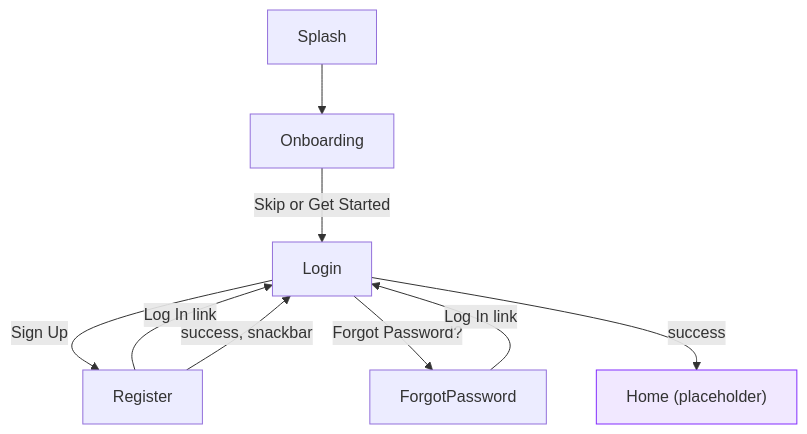
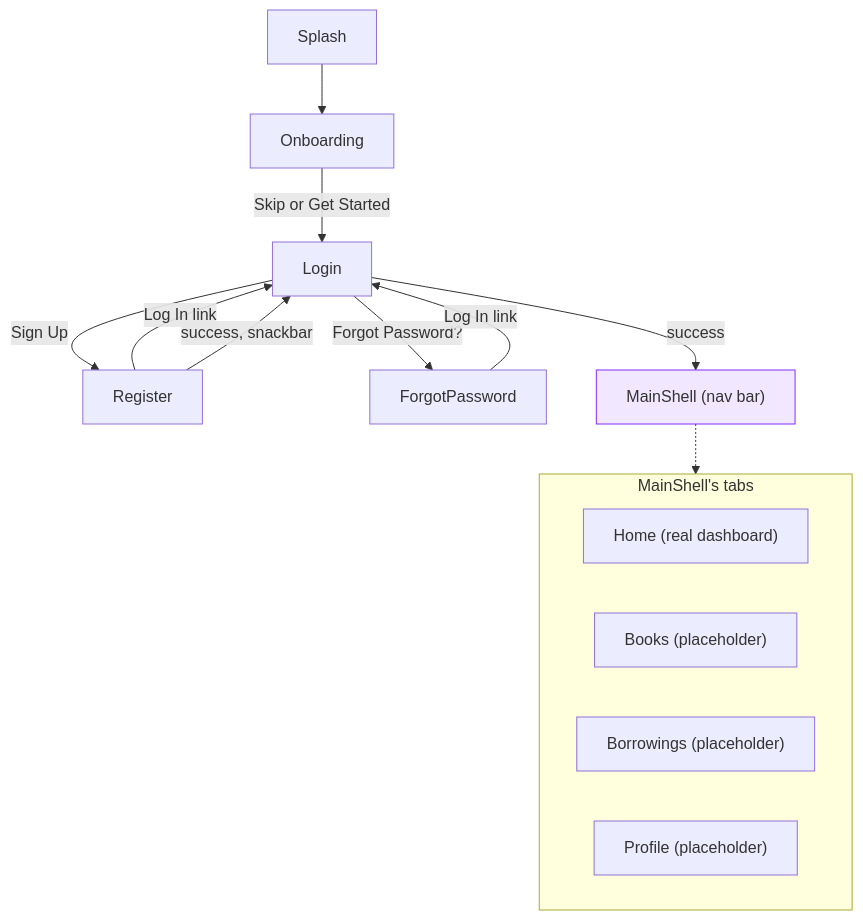
The sixth of 6 diagrams in ARCHITECTURE.md (malindu-asc/Libra), drawn with Mermaid before and after one commit. The commit also changed other lines of this file and 12 other files, not shown here.

````diff
--- a/ARCHITECTURE.md
+++ b/ARCHITECTURE.md
@@ -165,13 +259,22 @@
 ```mermaid
 flowchart TD
     Splash --> Onboarding
     Onboarding -->|Skip or Get Started| Login
     Login -->|Sign Up| Register
     Login -->|Forgot Password?| ForgotPassword
     Register -->|Log In link| Login
     ForgotPassword -->|Log In link| Login
-    Login -->|success| Home["Home (placeholder)"]
+    Login -->|success| Shell["MainShell (nav bar)"]
     Register -->|success, snackbar| Login
 
-    style Home fill:#F1E8FF,stroke:#832DFE
+    subgraph Shell_tabs["MainShell's tabs"]
+        direction LR
+        HomeTab["Home (real dashboard)"]
+        BooksTab["Books (placeholder)"]
+        BorrowingsTab["Borrowings (placeholder)"]
+        ProfileTab["Profile (placeholder)"]
+    end
+    Shell -.-> Shell_tabs
+
+    style Shell fill:#F1E8FF,stroke:#832DFE
 ```
````
